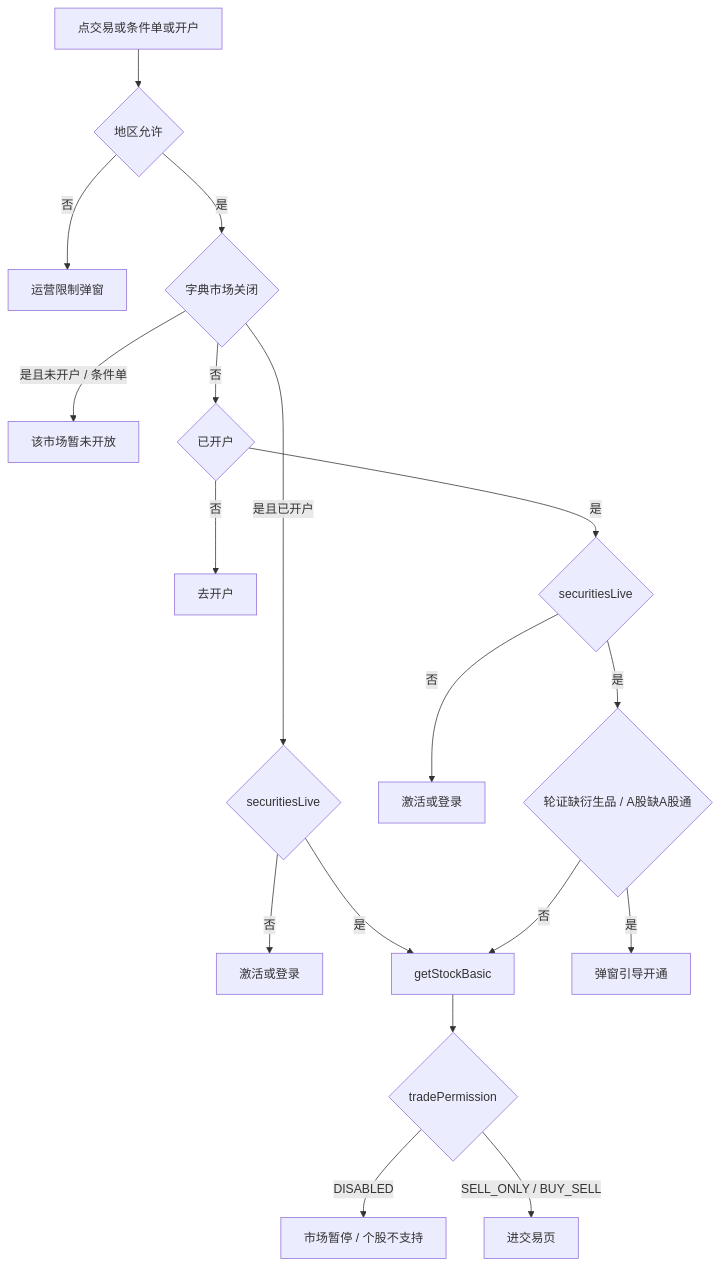
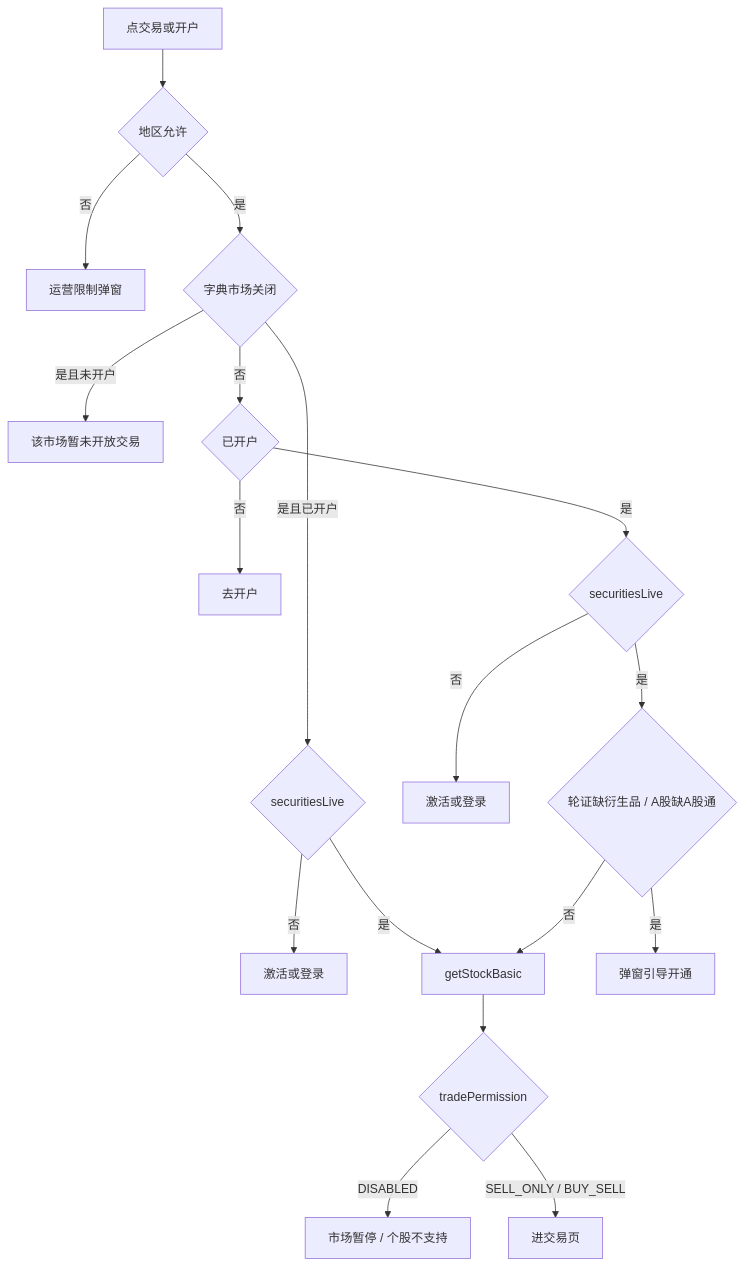
The diagram in 其他无关的东西_借用git参考/市场开放前置门闸_f3ebb8ce.plan.md (1169789797/az-pc), drawn with Mermaid before and after one commit. The commit also changed other lines of this file, not shown here.

````diff
--- a/其他无关的东西_借用git参考/市场开放前置门闸_f3ebb8ce.plan.md
+++ b/其他无关的东西_借用git参考/市场开放前置门闸_f3ebb8ce.plan.md
@@ -89,20 +88,20 @@
 ```mermaid
 flowchart TD
-    tap[点交易或条件单或开户] --> region{地区允许}
+    tap[点交易或开户] --> region{地区允许}
     region -->|否| restricted[运营限制弹窗]
     region -->|是| mkt{字典市场关闭}
-    mkt -->|"是且未开户 / 条件单"| mktClosed[该市场暂未开放]
+    mkt -->|"是且未开户"| mktClosed[该市场暂未开放交易]
     mkt -->|"是且已开户"| live1{securitiesLive}
     mkt -->|否| open{已开户}
     open -->|否| goOpen[去开户]
     open -->|是| live2{securitiesLive}
     live1 -->|否| goActivate1[激活或登录]
     live1 -->|是| basic[getStockBasic]
     live2 -->|否| goActivate2[激活或登录]
     live2 -->|是| product{"轮证缺衍生品 / A股缺A股通"}
     product -->|是| productDialog[弹窗引导开通]
     product -->|否| basic
     basic --> perm{tradePermission}
     perm -->|DISABLED| disabledDialog["市场暂停 / 个股不支持"]
     perm -->|"SELL_ONLY / BUY_SELL"| pushTrade[进交易页]
 ```
````
